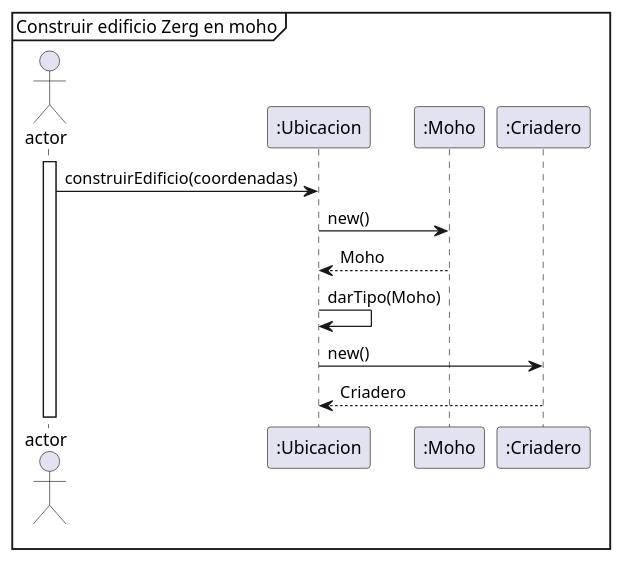
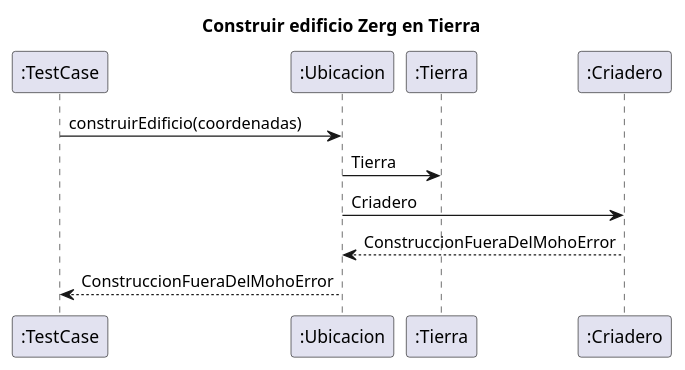
Before and after one commit to nicolasgirardi/algo3_TP2_AlgoStar: the diagram in diagrams/sequences/CasoDeUso5.puml, drawn with PlantUML. The commit also changed 2 other files, not shown here.

Commit message:
corrijo diagramas de secuencia y agrego 1 mas

```diff
--- a/diagrams/sequences/CasoDeUso5.puml
+++ b/diagrams/sequences/CasoDeUso5.puml
@@ -1,16 +1,13 @@
 @startuml
 'https://plantuml.com/sequence-diagram
-mainframe Construir edificio Zerg en moho
-actor "actor"
-activate "actor"
-"actor" -> ":Ubicacion": construirEdificio(coordenadas)
-":Ubicacion" -> ":Moho": new()
-":Moho" --> ":Ubicacion": Moho
-":Ubicacion" -> ":Ubicacion": darTipo(Moho)
-":Ubicacion" -> ":Criadero": new()
-":Criadero" --> ":Ubicacion": Criadero
 
 
+title Construir edificio Zerg en Tierra
+":TestCase" -> ":Ubicacion": construirEdificio(coordenadas)
+":Ubicacion" -> ":Tierra": Tierra
+":Ubicacion" -> ":Criadero": Criadero
+":Criadero" --> ":Ubicacion": ConstruccionFueraDelMohoError
+":Ubicacion" --> ":TestCase": ConstruccionFueraDelMohoError
 
 
 @enduml
```
